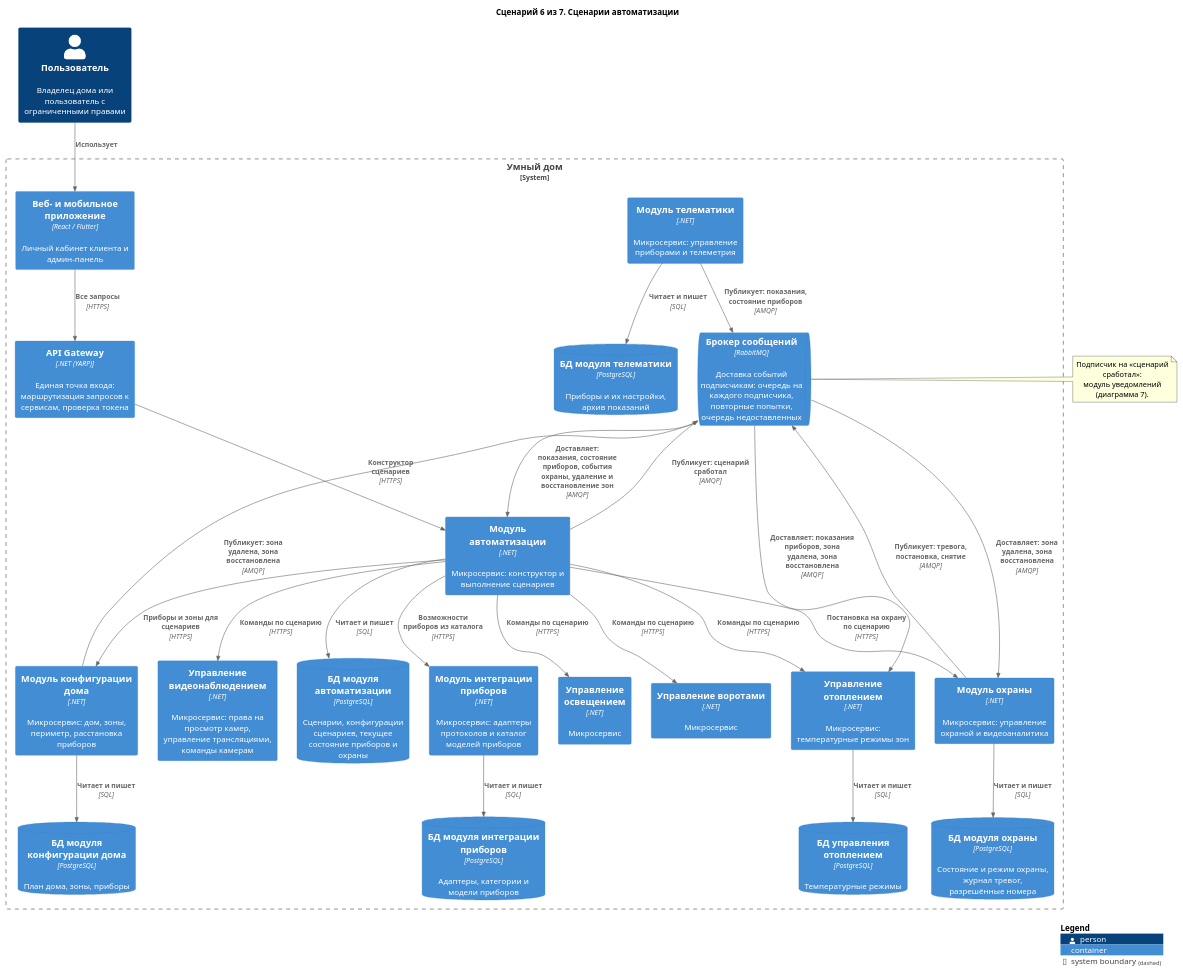
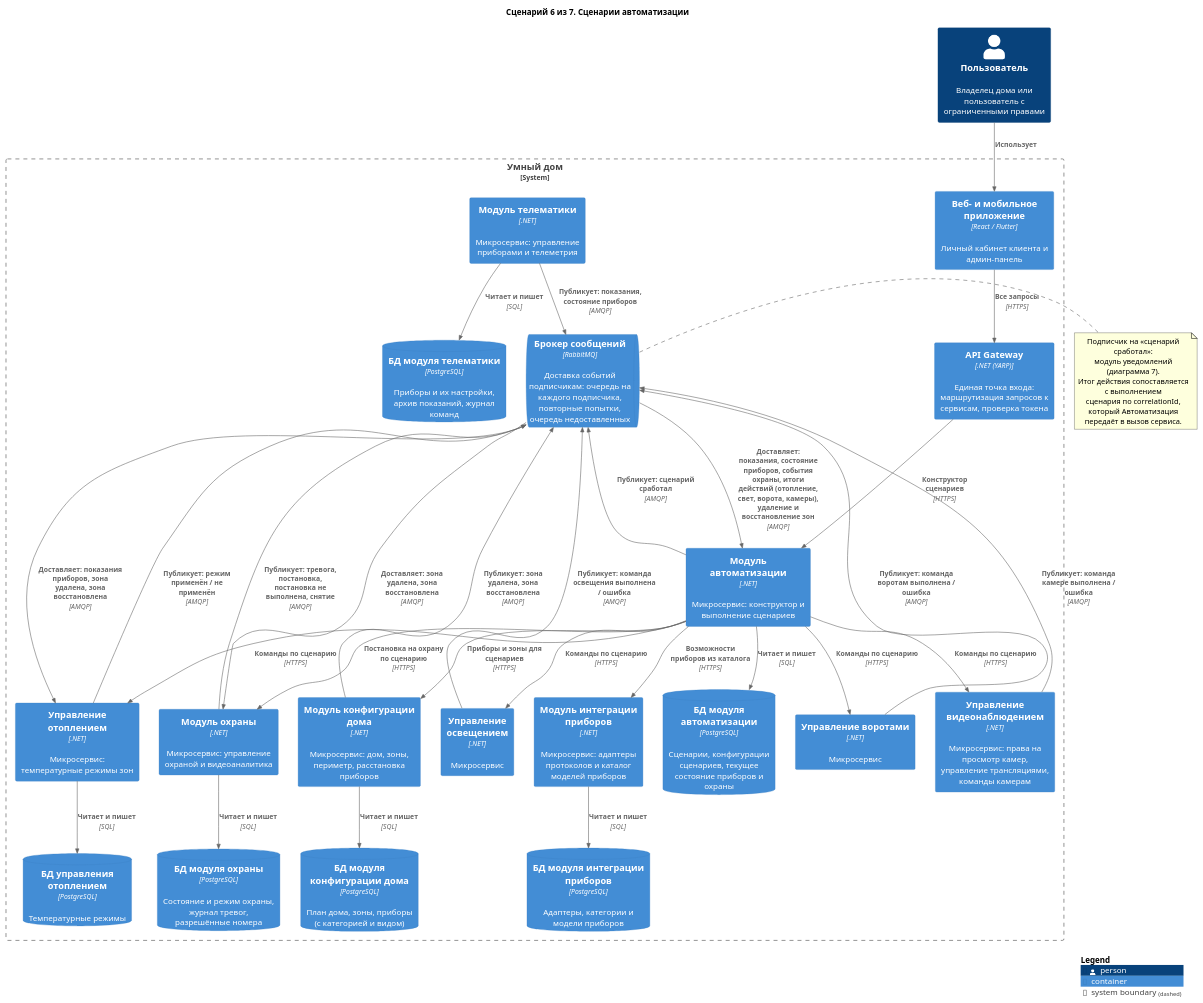
One commit to Lyamin-av/architecture-warmhouse changed the diagram in diagrams/containers-scenarios/06-automation.puml. Above: the diagram before and after it, drawn with PlantUML. The commit also changed 35 other files, not shown here.

First line of the commit message:
Диаграммы Задания 2 по решениям Задания 4: результат команды, итоговые события сервисов, correlationId, журнал команд, категория и вид прибора, SetModeAsync с температурой

```diff
--- a/diagrams/containers-scenarios/06-automation.puml
+++ b/diagrams/containers-scenarios/06-automation.puml
@@ -1,61 +1,68 @@
 @startuml 06-automation
 !include <C4/C4_Container>
 
 title Сценарий 6 из 7. Сценарии автоматизации
 
 Person(user, "Пользователь", "Владелец дома или пользователь с ограниченными правами")
 
 System_Boundary(Warmhouse, "Умный дом") {
     Container(apps, "Веб- и мобильное приложение", "React / Flutter", "Личный кабинет клиента и админ-панель")
     Container(Gateway, "API Gateway", ".NET (YARP)", "Единая точка входа: маршрутизация запросов к сервисам, проверка токена")
     Container(Automation, "Модуль автоматизации", ".NET", "Микросервис: конструктор и выполнение сценариев")
     Container(HouseConfigurator, "Модуль конфигурации дома", ".NET", "Микросервис: дом, зоны, периметр, расстановка приборов")
     Container(DeviceIntegration, "Модуль интеграции приборов", ".NET", "Микросервис: адаптеры протоколов и каталог моделей приборов")
     Container(Heating, "Управление отоплением", ".NET", "Микросервис: температурные режимы зон")
     Container(Lighting, "Управление освещением", ".NET", "Микросервис")
     Container(GateControl, "Управление воротами", ".NET", "Микросервис")
     Container(VideoControl, "Управление видеонаблюдением", ".NET", "Микросервис: права на просмотр камер, управление трансляциями, команды камерам")
     Container(Security, "Модуль охраны", ".NET", "Микросервис: управление охраной и видеоаналитика")
     Container(Telematics, "Модуль телематики", ".NET", "Микросервис: управление приборами и телеметрия")
     ContainerQueue(Broker, "Брокер сообщений", "RabbitMQ", "Доставка событий подписчикам: очередь на каждого подписчика, повторные попытки, очередь недоставленных")
     ContainerDb(dbHeating, "БД управления отоплением", "PostgreSQL", "Температурные режимы")
     ContainerDb(dbSecurity, "БД модуля охраны", "PostgreSQL", "Состояние и режим охраны, журнал тревог, разрешённые номера")
-    ContainerDb(dbTelematics, "БД модуля телематики", "PostgreSQL", "Приборы и их настройки, архив показаний")
+    ContainerDb(dbTelematics, "БД модуля телематики", "PostgreSQL", "Приборы и их настройки, архив показаний, журнал команд")
     ContainerDb(dbDIS, "БД модуля интеграции приборов", "PostgreSQL", "Адаптеры, категории и модели приборов")
     ContainerDb(dbAuto, "БД модуля автоматизации", "PostgreSQL", "Сценарии, конфигурации сценариев, текущее состояние приборов и охраны")
-    ContainerDb(dbHC, "БД модуля конфигурации дома", "PostgreSQL", "План дома, зоны, приборы")
+    ContainerDb(dbHC, "БД модуля конфигурации дома", "PostgreSQL", "План дома, зоны, приборы (с категорией и видом)")
 }
 
 
 Rel(user, apps, "Использует")
 Rel(apps, Gateway, "Все запросы", "HTTPS")
 Rel(Gateway, Automation, "Конструктор сценариев", "HTTPS")
 Rel(Automation, HouseConfigurator, "Приборы и зоны для сценариев", "HTTPS")
 Rel(Automation, DeviceIntegration, "Возможности приборов из каталога", "HTTPS")
 Rel(Automation, Heating, "Команды по сценарию", "HTTPS")
 Rel(Automation, Lighting, "Команды по сценарию", "HTTPS")
 Rel(Automation, GateControl, "Команды по сценарию", "HTTPS")
 Rel(Automation, VideoControl, "Команды по сценарию", "HTTPS")
 Rel(Automation, Security, "Постановка на охрану по сценарию", "HTTPS")
 Rel(Telematics, Broker, "Публикует: показания, состояние приборов", "AMQP")
-Rel(Security, Broker, "Публикует: тревога, постановка, снятие", "AMQP")
-Rel(Broker, Automation, "Доставляет: показания, состояние приборов, события охраны, удаление и восстановление зон", "AMQP")
+Rel(Security, Broker, "Публикует: тревога, постановка, постановка не выполнена, снятие", "AMQP")
+Rel(Heating, Broker, "Публикует: режим применён / не применён", "AMQP")
+Rel(Lighting, Broker, "Публикует: команда освещения выполнена / ошибка", "AMQP")
+Rel(GateControl, Broker, "Публикует: команда воротам выполнена / ошибка", "AMQP")
+Rel(VideoControl, Broker, "Публикует: команда камере выполнена / ошибка", "AMQP")
+Rel(Broker, Automation, "Доставляет: показания, состояние приборов, события охраны, итоги действий (отопление, свет, ворота, камеры), удаление и восстановление зон", "AMQP")
 Rel(Automation, Broker, "Публикует: сценарий сработал", "AMQP")
 
 note right of Broker
   Подписчик на «сценарий сработал»:
   модуль уведомлений (диаграмма 7).
+  Итог действия сопоставляется с выполнением
+  сценария по correlationId, который Автоматизация
+  передаёт в вызов сервиса.
 end note
 
 Rel(Heating, dbHeating, "Читает и пишет", "SQL")
 Rel(Security, dbSecurity, "Читает и пишет", "SQL")
 Rel(Telematics, dbTelematics, "Читает и пишет", "SQL")
 Rel(DeviceIntegration, dbDIS, "Читает и пишет", "SQL")
 Rel(Automation, dbAuto, "Читает и пишет", "SQL")
 Rel(HouseConfigurator, dbHC, "Читает и пишет", "SQL")
 Rel(HouseConfigurator, Broker, "Публикует: зона удалена, зона восстановлена", "AMQP")
 Rel(Broker, Heating, "Доставляет: показания приборов, зона удалена, зона восстановлена", "AMQP")
 Rel(Broker, Security, "Доставляет: зона удалена, зона восстановлена", "AMQP")
 
 SHOW_LEGEND()
 @enduml
```
